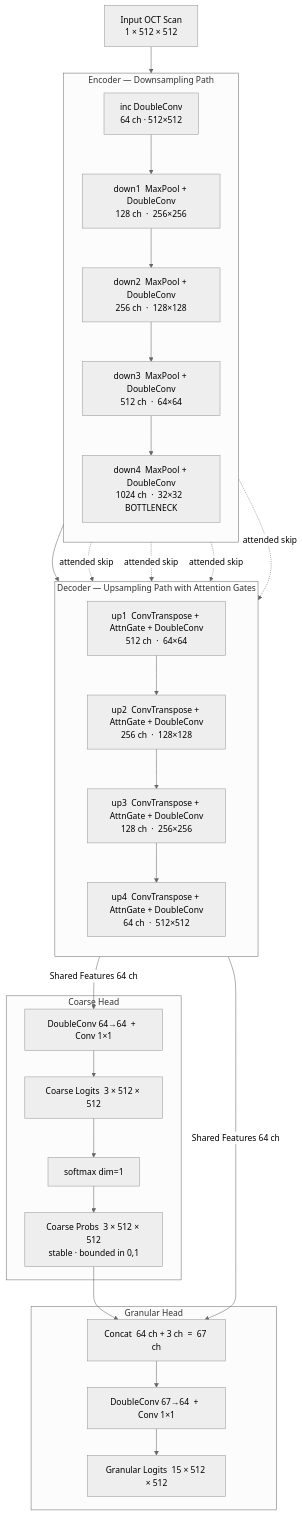
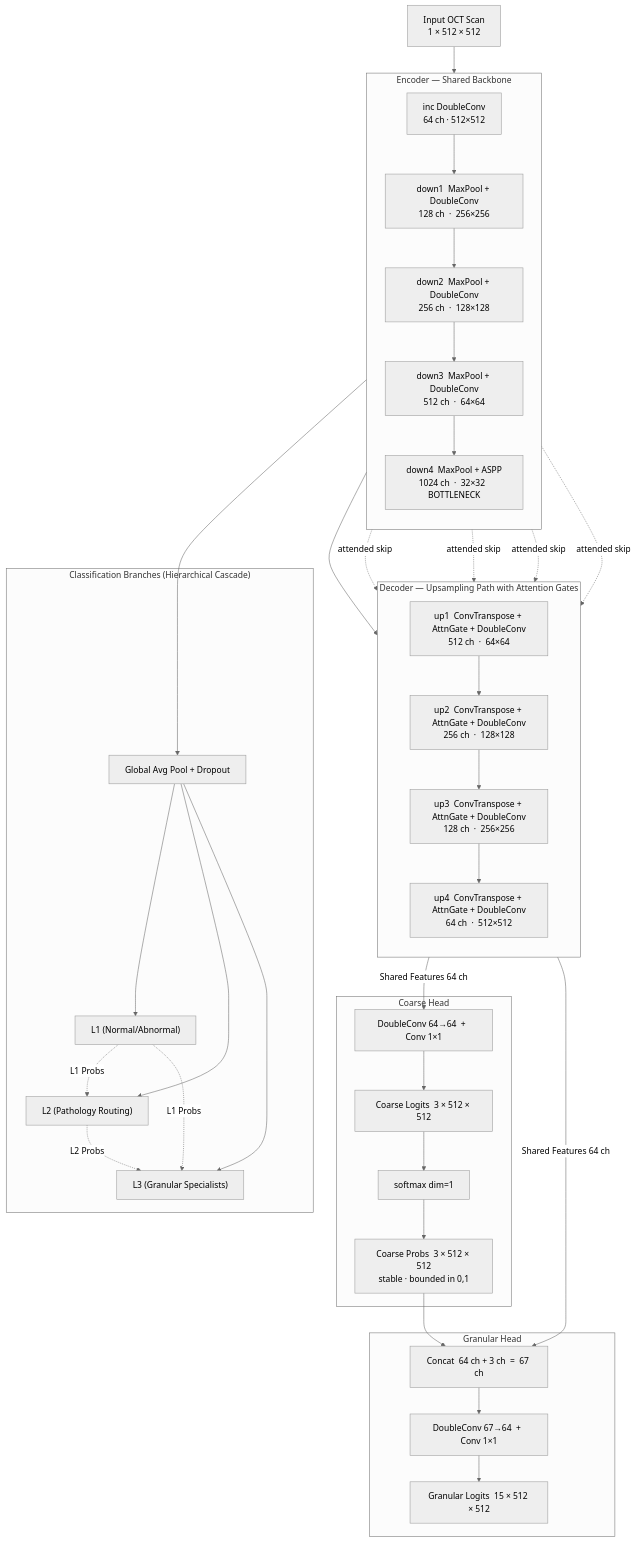
The third of 5 diagrams in frontend/public/docs_content/models/segmentation/architecture.md (Nikhil-Mundhra/OCT-Analyser-Capstone), drawn with Mermaid (neutral theme) before and after one commit. The commit also changed other lines of this file and 61 other files, not shown here.

````diff
--- a/frontend/public/docs_content/models/segmentation/architecture.md
+++ b/frontend/public/docs_content/models/segmentation/architecture.md
@@ -90,48 +131,66 @@
 ```mermaid
 flowchart TD
     Input["Input OCT Scan\n1 × 512 × 512"]
 
-    subgraph ENC ["Encoder  —  Downsampling Path"]
+    subgraph ENC ["Encoder  —  Shared Backbone"]
         direction TB
         inc["inc  DoubleConv\n64 ch  ·  512×512"]
         d1["down1  MaxPool + DoubleConv\n128 ch  ·  256×256"]
         d2["down2  MaxPool + DoubleConv\n256 ch  ·  128×128"]
         d3["down3  MaxPool + DoubleConv\n512 ch  ·  64×64"]
-        d4["down4  MaxPool + DoubleConv\n1024 ch  ·  32×32  BOTTLENECK"]
+        d4["down4  MaxPool + ASPP\n1024 ch  ·  32×32  BOTTLENECK"]
         inc --> d1 --> d2 --> d3 --> d4
+    end
+
+    subgraph CLS ["Classification Branches (Hierarchical Cascade)"]
+        pool["Global Avg Pool + Dropout"]
+        L1["L1 (Normal/Abnormal)"]
+        L2["L2 (Pathology Routing)"]
+        L3["L3 (Granular Specialists)"]
+        
+        pool --> L1
+        pool --> L2
+        L1 -.->|L1 Probs| L2
+        pool --> L3
+        L1 -.->|L1 Probs| L3
+        L2 -.->|L2 Probs| L3
     end
 
     subgraph DEC ["Decoder  —  Upsampling Path with Attention Gates"]
         direction TB
         u1["up1  ConvTranspose + AttnGate + DoubleConv\n512 ch  ·  64×64"]
         u2["up2  ConvTranspose + AttnGate + DoubleConv\n256 ch  ·  128×128"]
         u3["up3  ConvTranspose + AttnGate + DoubleConv\n128 ch  ·  256×256"]
         u4["up4  ConvTranspose + AttnGate + DoubleConv\n64 ch  ·  512×512"]
         u1 --> u2 --> u3 --> u4
     end
 
     subgraph CH ["Coarse Head"]
         cconv["DoubleConv 64→64  +  Conv 1×1"]
         clogits["Coarse Logits  3 × 512 × 512"]
         smx["softmax dim=1"]
         cprobs["Coarse Probs  3 × 512 × 512\nstable · bounded in 0,1"]
         cconv --> clogits --> smx --> cprobs
     end
 
     subgraph GH ["Granular Head"]
         cat["Concat  64 ch + 3 ch  =  67 ch"]
         gconv["DoubleConv 67→64  +  Conv 1×1"]
         glogits["Granular Logits  15 × 512 × 512"]
         cat --> gconv --> glogits
     end
 
     Input --> inc
+    
+    d4 --> pool
+    
     d4 --> u1
     d3 -.->|"attended skip"| u1
     d2 -.->|"attended skip"| u2
     d1 -.->|"attended skip"| u3
     inc -.->|"attended skip"| u4
+    
     u4 -->|"Shared Features  64 ch"| cconv
     u4 -->|"Shared Features  64 ch"| cat
     cprobs --> cat
 ```
````
